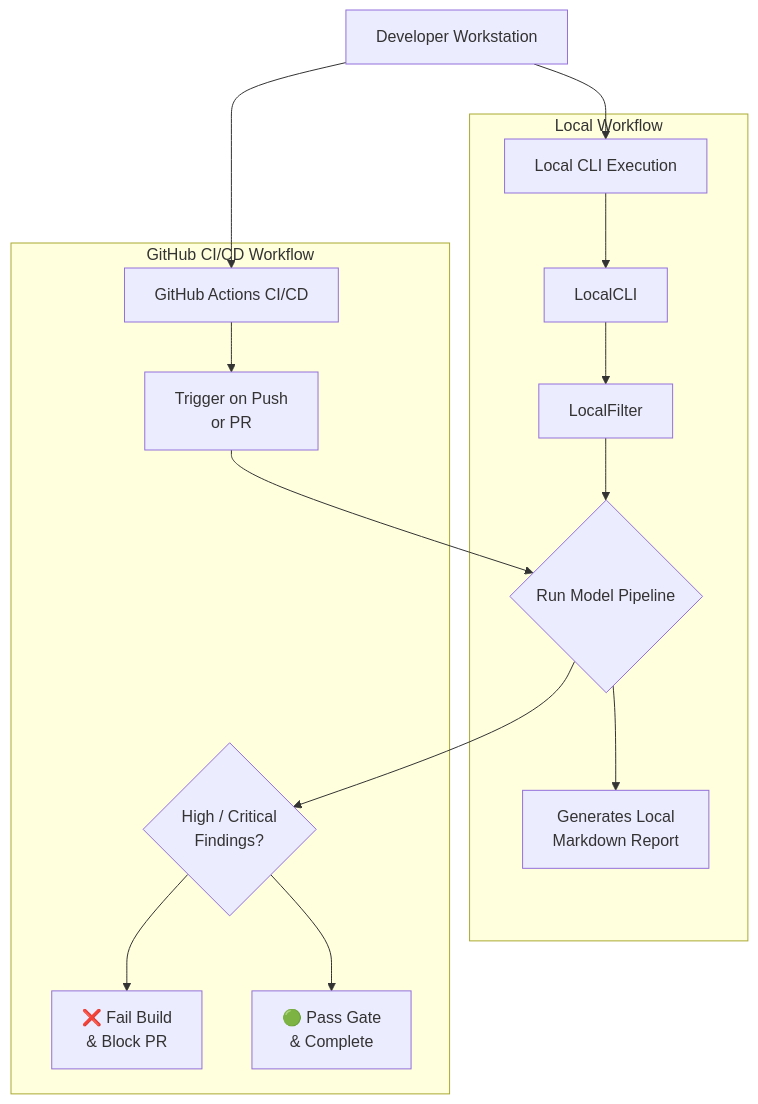
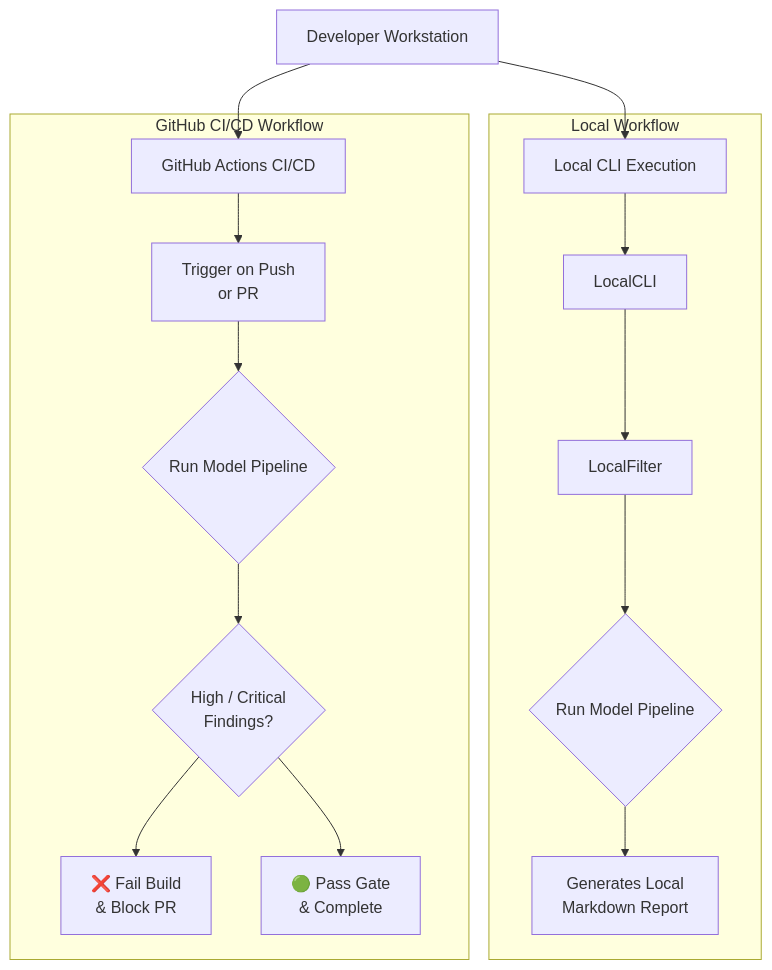
Before and after one commit to donaldlew/Ai-Scanner: the diagram in README.md, drawn with Mermaid.

````diff
--- a/README.md
+++ b/README.md
@@ -15,21 +15,21 @@
 ```mermaid
 graph TD
     Dev[Developer Workstation] --> Local[Local CLI Execution]
     Dev --> GitHub[GitHub Actions CI/CD]
 
     subgraph "Local Workflow"
         Local --> LocalCLI
         LocalCLI --> LocalFilter
-        LocalFilter --> RunLLM{"Run Model Pipeline"}
-        RunLLM --> LocalReport["Generates Local<br/>Markdown Report"]
+        LocalFilter --> RunLocalLLM{"Run Model Pipeline"}
+        RunLocalLLM --> LocalReport["Generates Local<br/>Markdown Report"]
     end
 
     subgraph "GitHub CI/CD Workflow"
         GitHub --> GHA["Trigger on Push<br/>or PR"]
-        GHA --> RunLLM{"Run Model Pipeline"}
-        RunLLM --> GHAGate{"High / Critical<br/>Findings?"}
+        GHA --> RunGitLLM{"Run Model Pipeline"}
+        RunGitLLM --> GHAGate{"High / Critical<br/>Findings?"}
         GHAGate --> Fail["❌ Fail Build<br/>& Block PR"]
         GHAGate --> Pass["🟢 Pass Gate<br/>& Complete"]
     end
 
 ```
````
